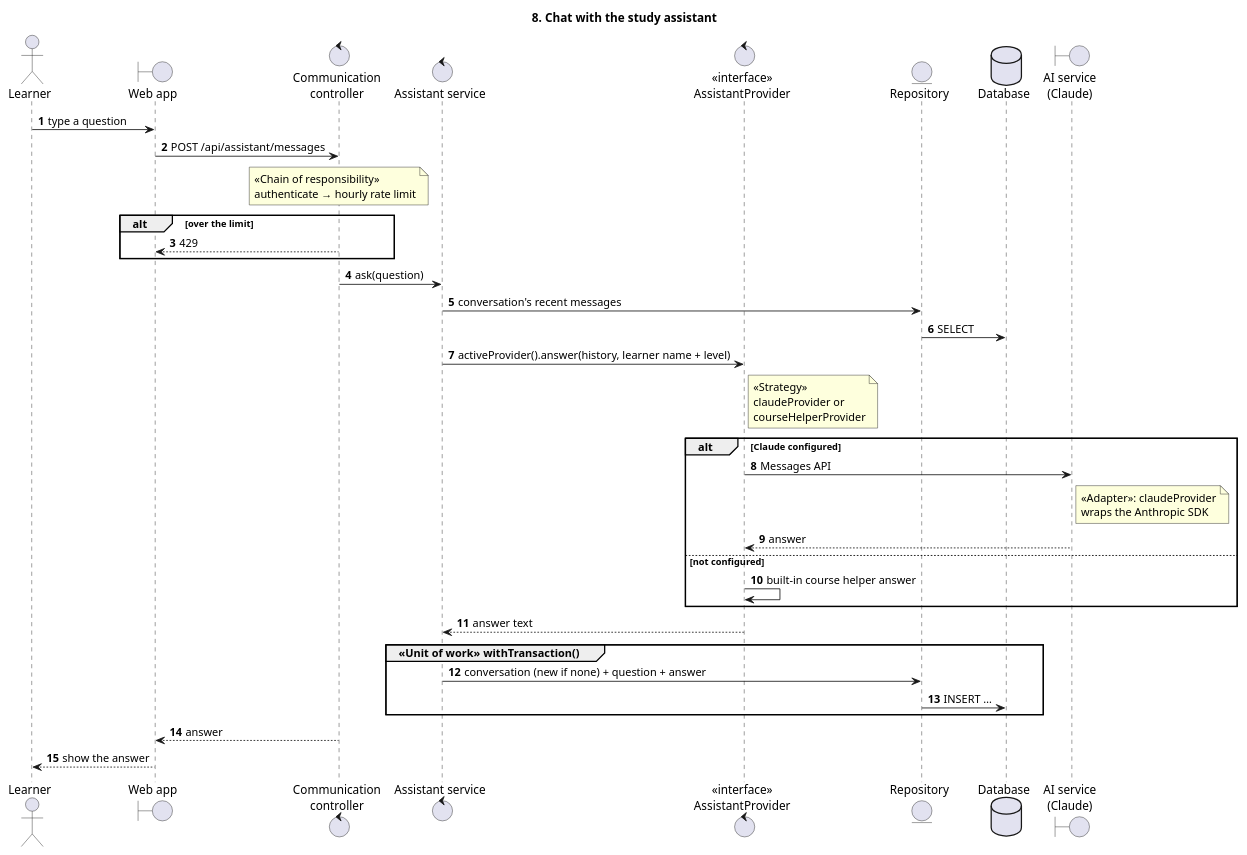
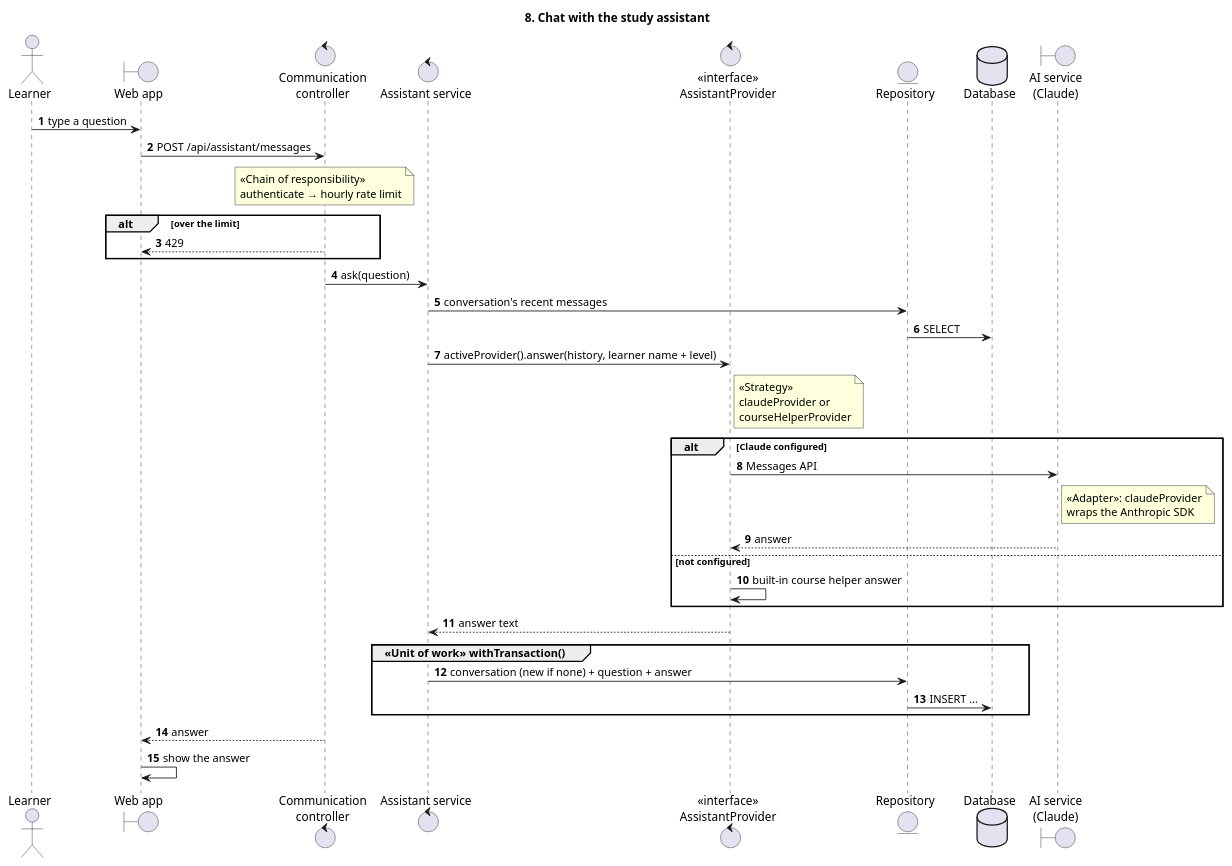
The diagram in Diagram/sequence/08-chat-with-assistant.puml (BLF2710/Nihongo-Training), drawn with PlantUML before and after one commit. The commit also changed 94 other files, not shown here.

```diff
--- a/Diagram/sequence/08-chat-with-assistant.puml
+++ b/Diagram/sequence/08-chat-with-assistant.puml
@@ -15,41 +15,41 @@
 @startuml 08 Chat with the study assistant
 title 8. Chat with the study assistant
 autonumber
 skinparam sequenceMessageAlign left
 skinparam responseMessageBelowArrow true
 
 actor Learner
 boundary "Web app" as Web
 control "Communication\ncontroller" as Ctrl
 control "Assistant service" as Svc
 control "«interface»\nAssistantProvider" as Provider
 entity "Repository" as Repo
 database "Database" as DB
 boundary "AI service\n(Claude)" as AI
 
 Learner -> Web : type a question
 Web -> Ctrl : POST /api/assistant/messages
 note over Ctrl : «Chain of responsibility»\nauthenticate → hourly rate limit
 alt over the limit
   Ctrl --> Web : 429
 end
 Ctrl -> Svc : ask(question)
 Svc -> Repo : conversation's recent messages
 Repo -> DB : SELECT
 Svc -> Provider : activeProvider().answer(history, learner name + level)
 note right of Provider : «Strategy»\nclaudeProvider or\ncourseHelperProvider
 alt Claude configured
   Provider -> AI : Messages API
   note right of AI : «Adapter»: claudeProvider\nwraps the Anthropic SDK
   AI --> Provider : answer
 else not configured
   Provider -> Provider : built-in course helper answer
 end
 Provider --> Svc : answer text
 group «Unit of work» withTransaction()
   Svc -> Repo : conversation (new if none) + question + answer
   Repo -> DB : INSERT …
 end
 Ctrl --> Web : answer
-Web --> Learner : show the answer
+Web -> Web : show the answer
 @enduml
```
